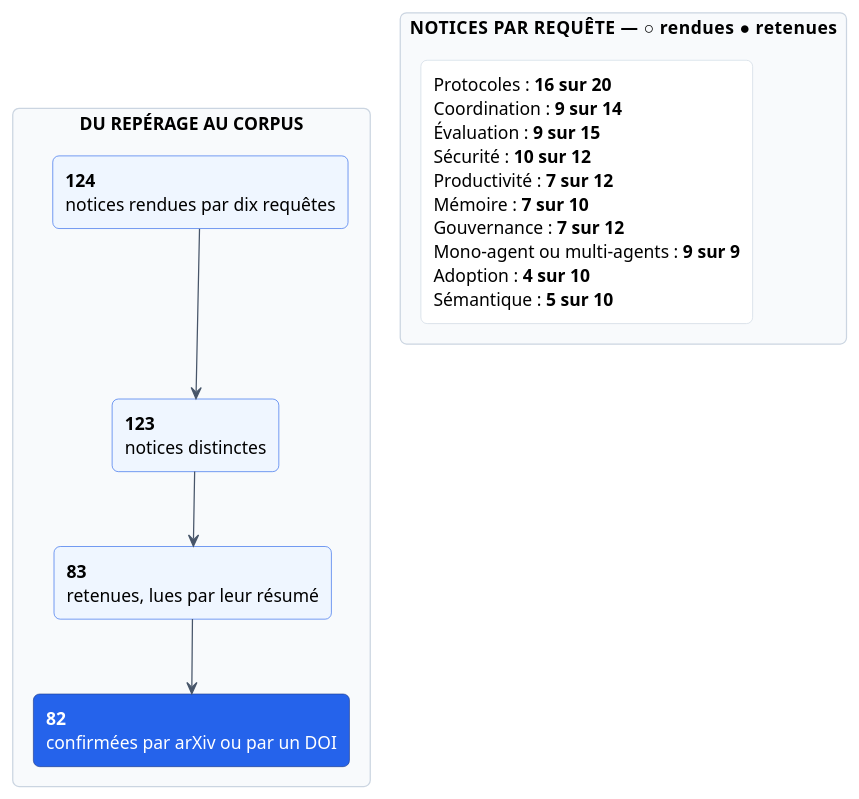
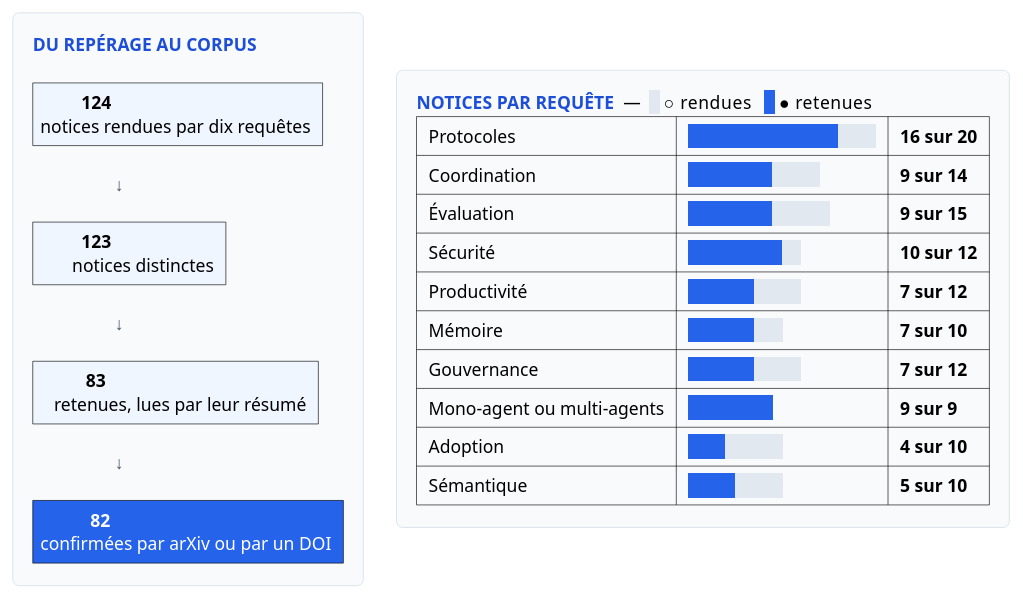
Before and after one commit to agbruneau/Agentique: the diagram in 3 - Compendium 2027/Diagrammes/Fig-63 - Du repérage au corpus retenu - 124 notices rendues par dix requêtes.puml, drawn with PlantUML. The commit also changed 270 other files, not shown here.

First line of the commit message:
Audit approfondi et corrections finales Markdown et diagrammes des 6 ouvrages

```diff
--- a/3 - Compendium 2027/Diagrammes/Fig-63 - Du repérage au corpus retenu - 124 notices rendues par dix requêtes.puml
+++ b/3 - Compendium 2027/Diagrammes/Fig-63 - Du repérage au corpus retenu - 124 notices rendues par dix requêtes.puml
@@ -2,45 +2,47 @@
 @startuml
-top to bottom direction
+left to right direction
 skinparam shadowing false
 skinparam roundcorner 10
 skinparam defaultFontName "Segoe UI"
-
-rectangle "DU REPÉRAGE AU CORPUS" as Entonnoir #F8FAFC;line:CBD5E1 {
-  rectangle N124 #EFF6FF;line:2563EB [
-    **124**
-    notices rendues par dix requêtes
-  ]
-  rectangle N123 #EFF6FF;line:2563EB [
-    **123**
-    notices distinctes
-  ]
-  rectangle N83 #EFF6FF;line:2563EB [
-    **83**
-    retenues, lues par leur résumé
-  ]
-  rectangle N82 #2563EB;line:1E3A8A;text:FFFFFF [
-    **82**
-    confirmées par arXiv ou par un DOI
-  ]
-  N124 -[#475569]down-> N123
-  N123 -[#475569]down-> N83
-  N83 -[#475569]down-> N82
+skinparam Padding 6
+skinparam nodesep 24
+skinparam ranksep 26
+skinparam rectangle {
+  BackgroundColor #FFFFFF
+  BorderColor #CBD5E1
 }
 
-rectangle "NOTICES PAR REQUÊTE — ○ rendues   ● retenues" as Requetes #F8FAFC;line:CBD5E1 {
-  rectangle RList #FFFFFF;line:CBD5E1 [
-    Protocoles : **16 sur 20**
-    Coordination : **9 sur 14**
-    Évaluation : **9 sur 15**
-    Sécurité : **10 sur 12**
-    Productivité : **7 sur 12**
-    Mémoire : **7 sur 10**
-    Gouvernance : **7 sur 12**
-    Mono-agent ou multi-agents : **9 sur 9**
-    Adoption : **4 sur 10**
-    Sémantique : **5 sur 10**
-  ]
-}
+rectangle Entonnoir #F8FAFC;line:CBD5E1 [
+  <color:#1D4ED8>**DU REPÉRAGE AU CORPUS**</color>
 
-RList -[hidden]left-> N124
+  | <#EFF6FF>         **124**\nnotices rendues par dix requêtes |
+
+  <color:#475569>                  ↓</color>
+
+  | <#EFF6FF>         **123**\n       notices distinctes |
+
+  <color:#475569>                  ↓</color>
+
+  | <#EFF6FF>          **83**\n   retenues, lues par leur résumé |
+
+  <color:#475569>                  ↓</color>
+
+  | <#2563EB> <color:white><b>          82</b></color>\n<color:white>confirmées par arXiv ou par un DOI</color> |
+]
+
+rectangle Requetes #F8FAFC;line:CBD5E1 [
+  <color:#1D4ED8>**NOTICES PAR REQUÊTE**</color>  —  <back:#E2E8F0><color:#E2E8F0>..</color></back> ○ rendues   <back:#2563EB><color:#2563EB>..</color></back> ● retenues
+  | Protocoles | <font:Consolas><back:#2563EB><color:#2563EB>................................</color></back><back:#E2E8F0><color:#E2E8F0>........</color></back></font> | **16 sur 20** |
+  | Coordination | <font:Consolas><back:#2563EB><color:#2563EB>..................</color></back><back:#E2E8F0><color:#E2E8F0>..........</color></back></font> | **9 sur 14** |
+  | Évaluation | <font:Consolas><back:#2563EB><color:#2563EB>..................</color></back><back:#E2E8F0><color:#E2E8F0>............</color></back></font> | **9 sur 15** |
+  | Sécurité | <font:Consolas><back:#2563EB><color:#2563EB>....................</color></back><back:#E2E8F0><color:#E2E8F0>....</color></back></font> | **10 sur 12** |
+  | Productivité | <font:Consolas><back:#2563EB><color:#2563EB>..............</color></back><back:#E2E8F0><color:#E2E8F0>..........</color></back></font> | **7 sur 12** |
+  | Mémoire | <font:Consolas><back:#2563EB><color:#2563EB>..............</color></back><back:#E2E8F0><color:#E2E8F0>......</color></back></font> | **7 sur 10** |
+  | Gouvernance | <font:Consolas><back:#2563EB><color:#2563EB>..............</color></back><back:#E2E8F0><color:#E2E8F0>..........</color></back></font> | **7 sur 12** |
+  | Mono-agent ou multi-agents | <font:Consolas><back:#2563EB><color:#2563EB>..................</color></back></font> | **9 sur 9** |
+  | Adoption | <font:Consolas><back:#2563EB><color:#2563EB>........</color></back><back:#E2E8F0><color:#E2E8F0>............</color></back></font> | **4 sur 10** |
+  | Sémantique | <font:Consolas><back:#2563EB><color:#2563EB>..........</color></back><back:#E2E8F0><color:#E2E8F0>..........</color></back></font> | **5 sur 10** |
+]
+
+Entonnoir -[hidden]-> Requetes
 @enduml
```
